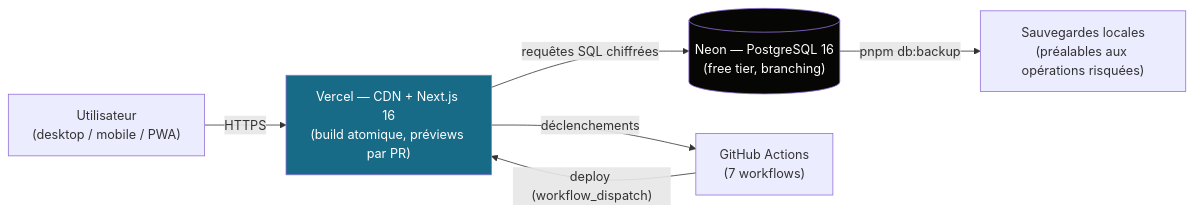
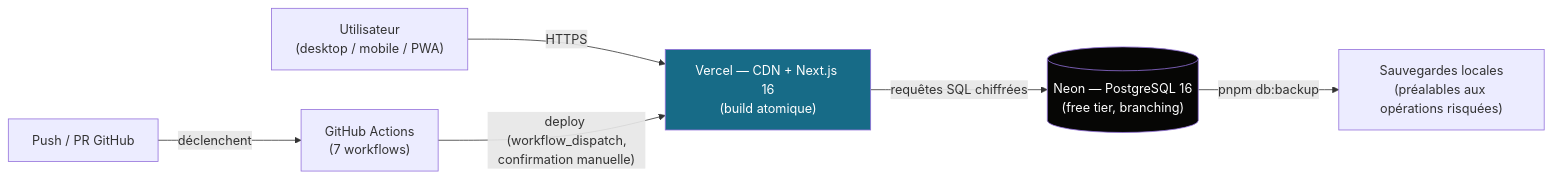
Diagram 12 of 13 in documents/dossiers/dossierProjet/dossierProjetRNCP.md (Mamoru-fr/AMT-Express), drawn with Mermaid before and after one commit. The commit also changed other lines of this file, not shown here.

Commit message:
fix(review anais0210): UC12 -> Client, activité requalifiée cible (alignée §7.4), Rating retiré, cardinalités corrigées, FK simples, -.->, infra push->Actions->Vercel, notes Merise/UML

````diff
--- a/documents/dossiers/dossierProjet/dossierProjetRNCP.md
+++ b/documents/dossiers/dossierProjet/dossierProjetRNCP.md
@@ -556,10 +556,10 @@
 ```mermaid
 flowchart LR
-    U["Utilisateur<br/>(desktop / mobile / PWA)"] -- "HTTPS" --> V["Vercel — CDN + Next.js 16<br/>(build atomique, préviews par PR)"]
+    U["Utilisateur<br/>(desktop / mobile / PWA)"] -- "HTTPS" --> V["Vercel — CDN + Next.js 16<br/>(build atomique)"]
     V -- "requêtes SQL chiffrées" --> N[("Neon — PostgreSQL 16<br/>(free tier, branching)")]
-    V -- "déclenchements" --> GH["GitHub Actions<br/>(7 workflows)"]
-    GH -- "deploy (workflow_dispatch)" --> V
+    P["Push / PR GitHub"] -- "déclenchent" --> GH["GitHub Actions<br/>(7 workflows)"]
+    GH -- "deploy (workflow_dispatch,<br/>confirmation manuelle)" --> V
     N -- "pnpm db:backup" --> BK["Sauvegardes locales<br/>(préalables aux opérations risquées)"]
     style V fill:#176B87,color:#fff
     style N fill:#060605,color:#fff
 ```
````
